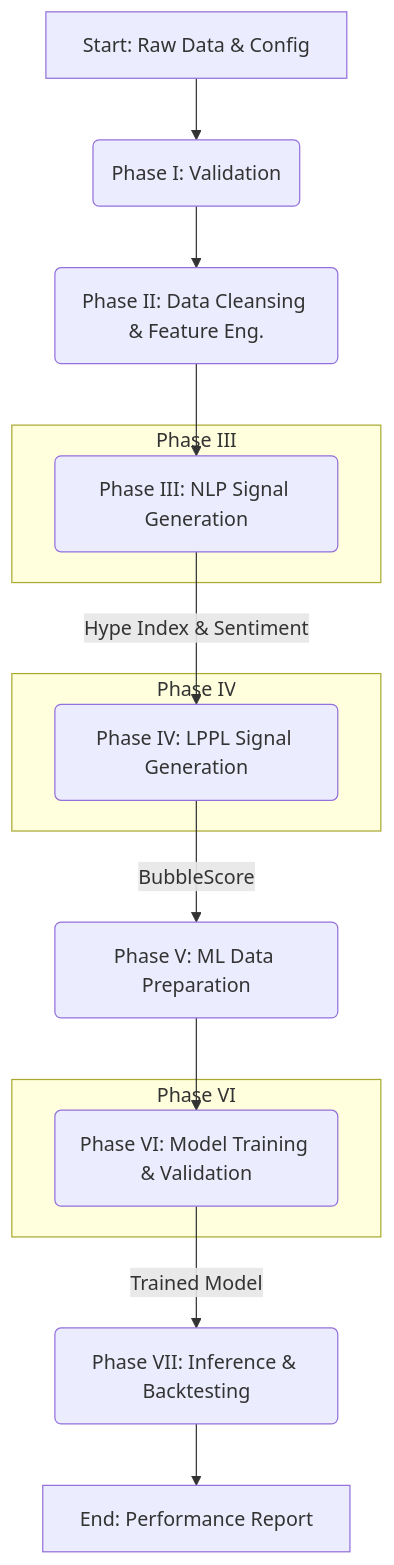
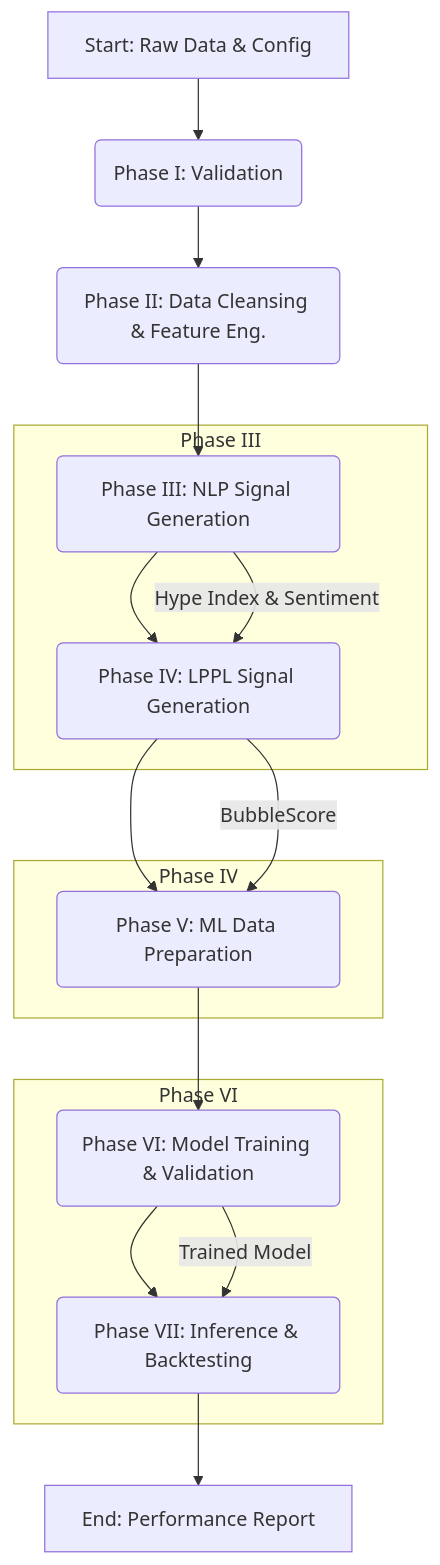
One commit to chirindaopensource/identifying_quantifying_financial_bubbles_hyped_log_period_power_law changed the diagram in README.md. Above: the diagram before and after it, drawn with Mermaid.

````diff
--- a/README.md
+++ b/README.md
@@ -141,36 +141,23 @@
 ```mermaid
 graph TD
-    %% Step 1: Define ALL nodes with their full labels first.
-    A[Start: Raw Data & Config];
-    B(Phase I: Validation);
-    C(Phase II: Data Cleansing & Feature Eng.);
-    D(Phase III: NLP Signal Generation);
-    E(Phase IV: LPPL Signal Generation);
-    F(Phase V: ML Data Preparation);
-    G(Phase VI: Model Training & Validation);
-    H(Phase VII: Inference & Backtesting);
-    I[End: Performance Report];
+    A[Start: Raw Data & Config] --> B(Phase I: Validation);
+    B --> C(Phase II: Data Cleansing & Feature Eng.);
+    C --> D(Phase III: NLP Signal Generation);
+    D --> E(Phase IV: LPPL Signal Generation);
+    E --> F(Phase V: ML Data Preparation);
+    F --> G(Phase VI: Model Training & Validation);
+    G --> H(Phase VII: Inference & Backtesting);
+    H --> I[End: Performance Report];
 
-    %% Step 2: Define ALL links between the nodes at the top level.
-    A --> B;
-    B --> C;
-    C --> D;
-    D -- Hype Index & Sentiment --> E;
-    E -- BubbleScore --> F;
-    F --> G;
-    G -- Trained Model --> H;
-    H --> I;
-
-    %% Step 3: Use subgraphs ONLY for visual grouping of pre-defined nodes.
     subgraph Phase III
-        D;
+        D -- Hype Index & Sentiment --> E;
     end
 
     subgraph Phase IV
-        E;
+        E -- BubbleScore --> F;
     end
 
     subgraph Phase VI
-        G;
+        G -- Trained Model --> H;
     end
 ```
````
